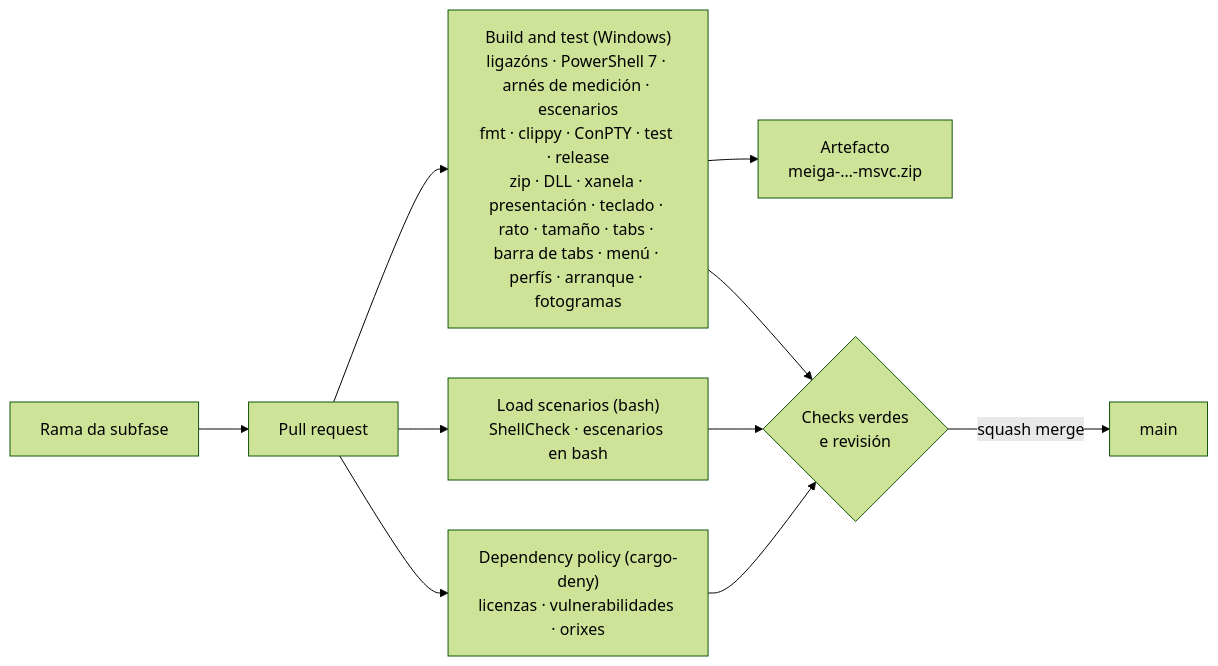
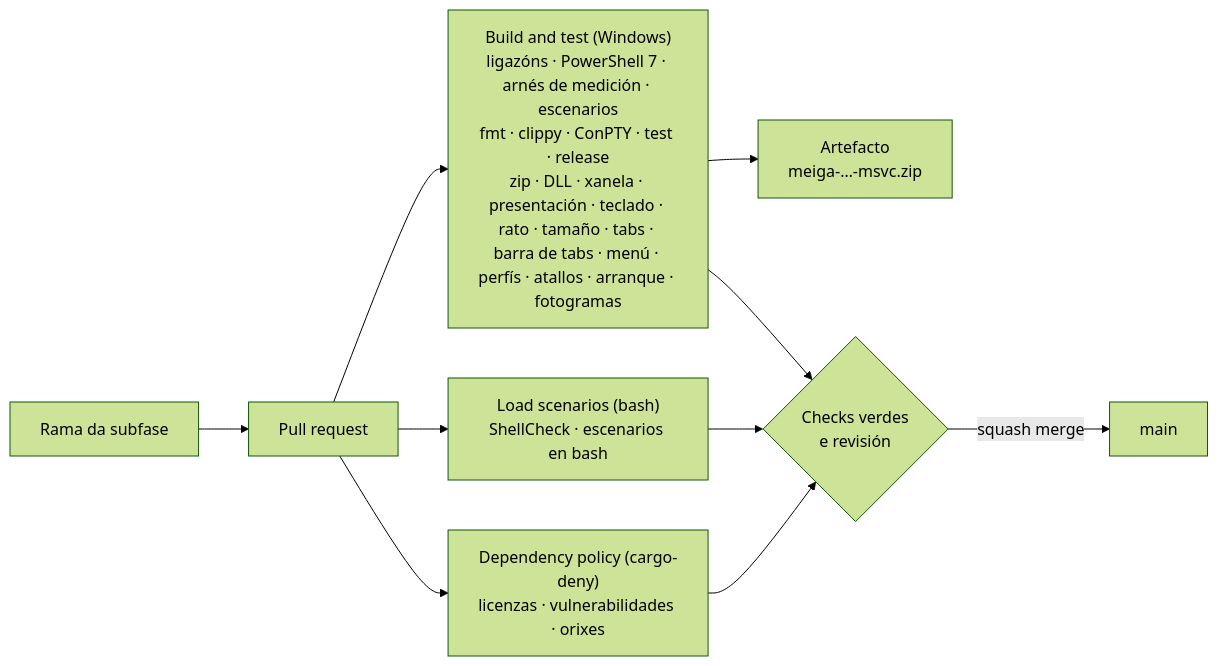
Before and after one commit to NewHouses/meiga: diagram 17 of 19 in docs/arquitectura.md, drawn with Mermaid (forest theme). The commit also changed other lines of this file and 27 other files, not shown here.

````diff
--- a/docs/arquitectura.md
+++ b/docs/arquitectura.md
@@ -460,12 +492,12 @@
 ```mermaid
 flowchart LR
     rama["Rama da subfase"] --> pr["Pull request"]
-    pr --> win["Build and test (Windows)<br/>ligazóns · PowerShell 7 · arnés de medición · escenarios<br/>fmt · clippy · ConPTY · test · release<br/>zip · DLL · xanela · presentación · teclado · rato · tamaño · tabs · barra de tabs · menú · perfís · arranque · fotogramas"]
+    pr --> win["Build and test (Windows)<br/>ligazóns · PowerShell 7 · arnés de medición · escenarios<br/>fmt · clippy · ConPTY · test · release<br/>zip · DLL · xanela · presentación · teclado · rato · tamaño · tabs · barra de tabs · menú · perfís · atallos · arranque · fotogramas"]
     pr --> scen["Load scenarios (bash)<br/>ShellCheck · escenarios en bash"]
     pr --> deny["Dependency policy (cargo-deny)<br/>licenzas · vulnerabilidades · orixes"]
     win --> art["Artefacto<br/>meiga-…-msvc.zip"]
     win --> ok{"Checks verdes<br/>e revisión"}
     scen --> ok
     deny --> ok
     ok -->|squash merge| main["main"]
 ```
````
